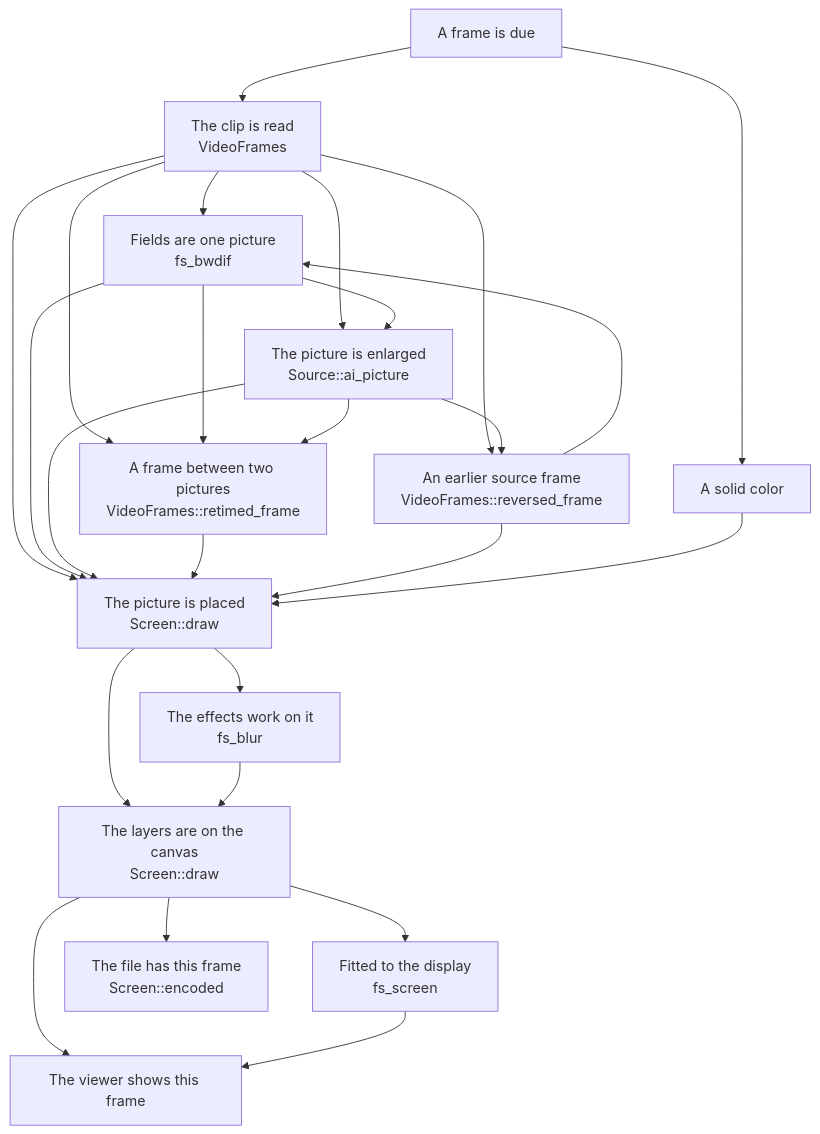
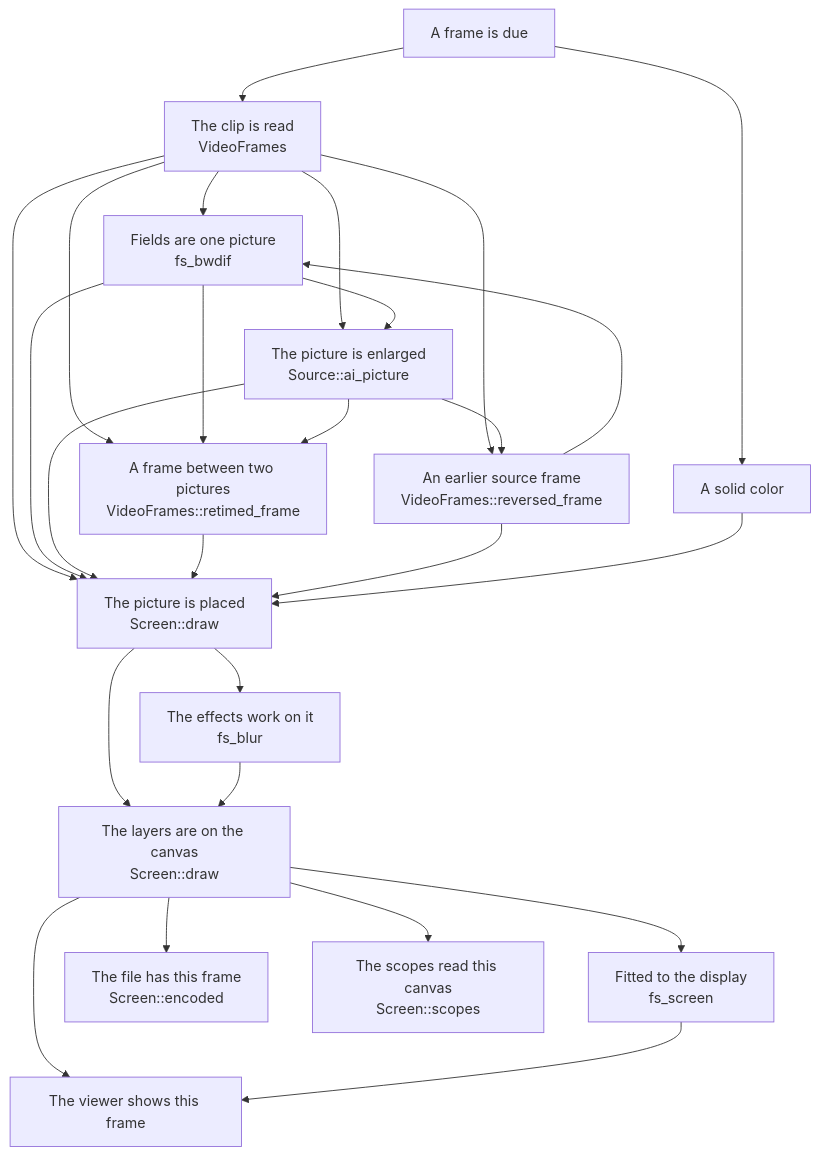
Before and after one commit to oittaa/vidcut: the third of 3 diagrams in docs/design/README.md, drawn with Mermaid. The commit also changed other lines of this file and 33 other files, not shown here.

````diff
--- a/docs/design/README.md
+++ b/docs/design/README.md
@@ -61,40 +61,42 @@
 ```mermaid
 flowchart TD
   due["A frame is due"]
   read["The clip is read<br>VideoFrames"]
   solid["A solid color"]
   weave["Fields are one picture<br>fs_bwdif"]
   grow["The picture is enlarged<br>Source::ai_picture"]
   between["A frame between two pictures<br>VideoFrames::retimed_frame"]
   earlier["An earlier source frame<br>VideoFrames::reversed_frame"]
   place["The picture is placed<br>Screen::draw"]
   fx["The effects work on it<br>fs_blur"]
   mix["The layers are on the canvas<br>Screen::draw"]
   show["The viewer shows this frame"]
   mapped["Fitted to the display<br>fs_screen"]
   file["The file has this frame<br>Screen::encoded"]
+  scopes["The scopes read this canvas<br>Screen::scopes"]
   due --> read
   due --> solid
   read --> weave
   read --> grow
   read --> between
   read --> earlier
   read --> place
   weave --> grow
   weave --> between
   weave --> place
   grow --> between
   grow --> earlier
   grow --> place
   between --> place
   earlier --> weave
   earlier --> place
   solid --> place
   place --> fx
   place --> mix
   fx --> mix
   mix --> show
   mix --> mapped
   mapped --> show
   mix --> file
+  mix --> scopes
 ```
````
